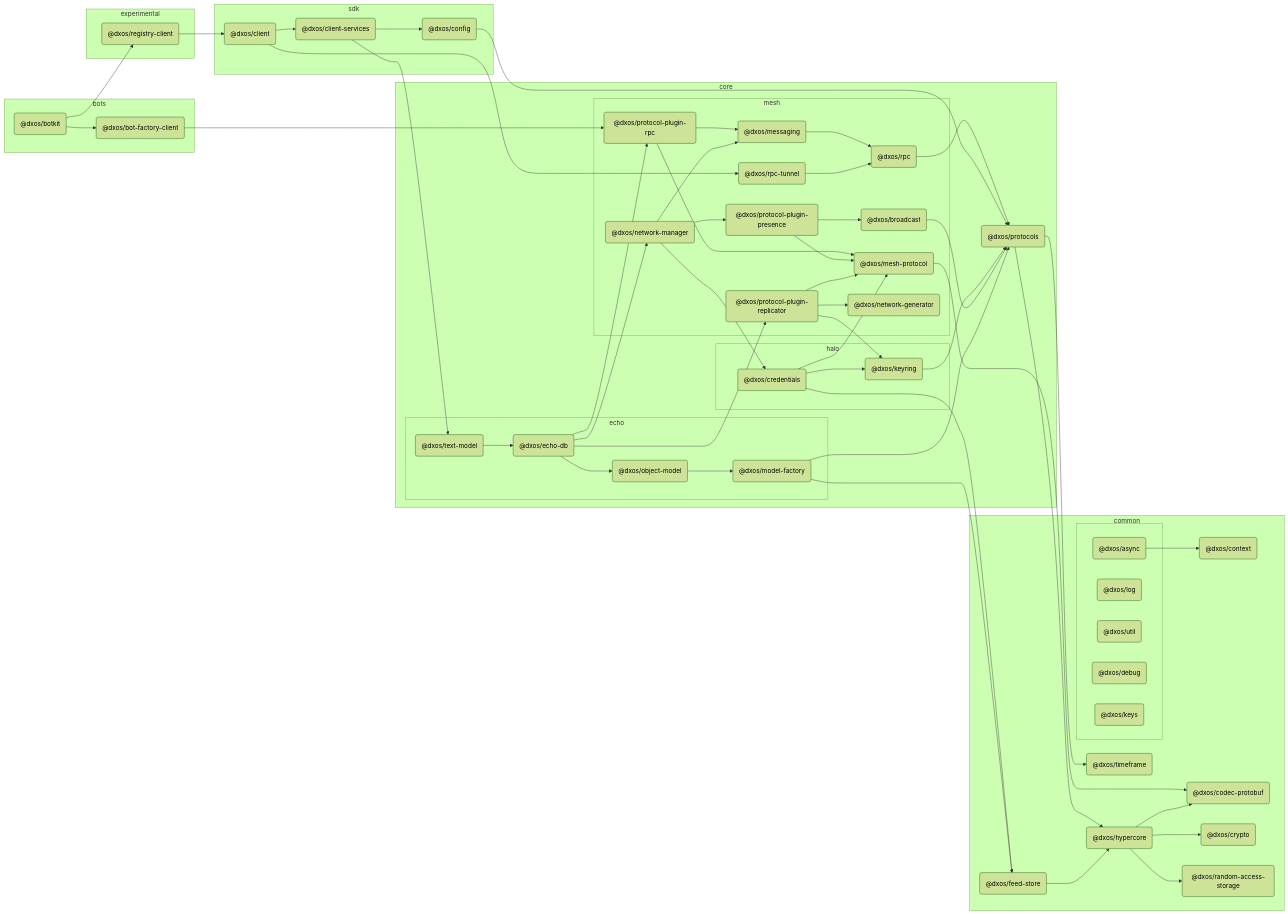
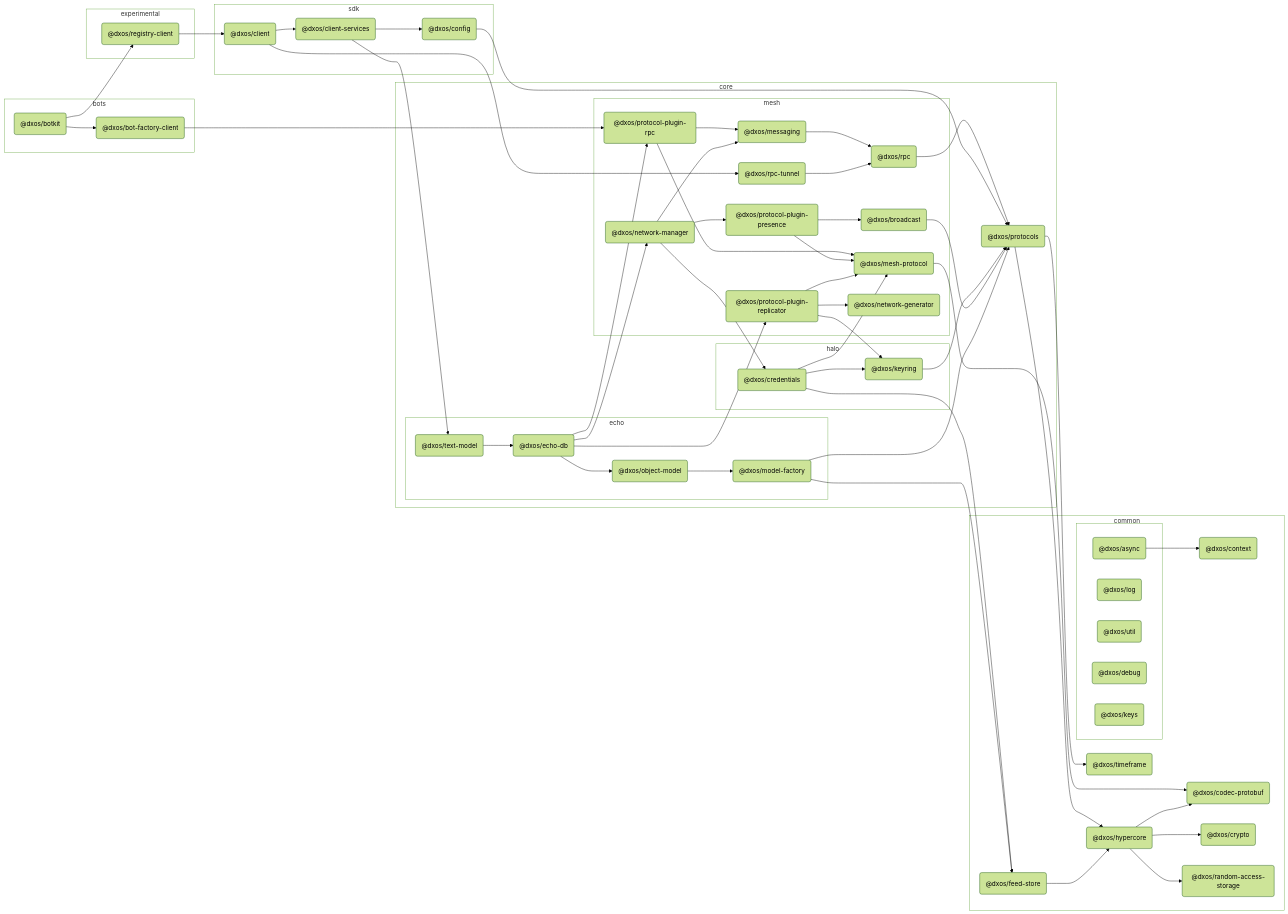
Before and after one commit to dxos/dxos: the diagram in packages/bots/botkit/docs/README.md, drawn with Mermaid (forest theme). The commit also changed 80 other files, not shown here.

```diff
--- a/packages/bots/botkit/docs/README.md
+++ b/packages/bots/botkit/docs/README.md
@@ -9,9 +9,14 @@
 
 flowchart LR
 
+%% Classes
+
+
+
 %% Nodes
 
 subgraph bots [bots]
+  style bots fill:transparent
   dxos/botkit("@dxos/botkit"):::root
   click dxos/botkit "dxos/dxos/tree/main/packages/bots/botkit/docs"
   dxos/bot-factory-client("@dxos/bot-factory-client"):::def
@@ -19,6 +24,7 @@
 end
 
 subgraph common [common]
+  style common fill:transparent
   dxos/context("@dxos/context"):::def
   click dxos/context "dxos/dxos/tree/main/packages/common/context/docs"
   dxos/codec-protobuf("@dxos/codec-protobuf"):::def
@@ -35,6 +41,7 @@
   click dxos/feed-store "dxos/dxos/tree/main/packages/common/feed-store/docs"
 
   subgraph _ [ ]
+    style _ fill:transparent
     dxos/async("@dxos/async"):::def
     click dxos/async "dxos/dxos/tree/main/packages/common/async/docs"
     dxos/log("@dxos/log"):::def
@@ -49,10 +56,12 @@
 end
 
 subgraph core [core]
+  style core fill:transparent
   dxos/protocols("@dxos/protocols"):::def
   click dxos/protocols "dxos/dxos/tree/main/packages/core/protocols/docs"
 
   subgraph mesh [mesh]
+    style mesh fill:transparent
     dxos/protocol-plugin-rpc("@dxos/protocol-plugin-rpc"):::def
     click dxos/protocol-plugin-rpc "dxos/dxos/tree/main/packages/core/mesh/protocol-plugin-rpc/docs"
     dxos/mesh-protocol("@dxos/mesh-protocol"):::def
@@ -76,6 +85,7 @@
   end
 
   subgraph halo [halo]
+    style halo fill:transparent
     dxos/credentials("@dxos/credentials"):::def
     click dxos/credentials "dxos/dxos/tree/main/packages/core/halo/credentials/docs"
     dxos/keyring("@dxos/keyring"):::def
@@ -83,6 +93,7 @@
   end
 
   subgraph echo [echo]
+    style echo fill:transparent
     dxos/echo-db("@dxos/echo-db"):::def
     click dxos/echo-db "dxos/dxos/tree/main/packages/core/echo/echo-db/docs"
     dxos/model-factory("@dxos/model-factory"):::def
@@ -95,6 +106,7 @@
 end
 
 subgraph sdk [sdk]
+  style sdk fill:transparent
   dxos/config("@dxos/config"):::def
   click dxos/config "dxos/dxos/tree/main/packages/sdk/config/docs"
   dxos/client("@dxos/client"):::def
@@ -104,12 +116,12 @@
 end
 
 subgraph experimental [experimental]
+  style experimental fill:transparent
   dxos/registry-client("@dxos/registry-client"):::def
   click dxos/registry-client "dxos/dxos/tree/main/packages/experimental/registry-client/docs"
 end
 
 %% Links
-linkStyle default stroke:#333,stroke-width:1px
 dxos/botkit --> dxos/bot-factory-client
 dxos/async --> dxos/context
 dxos/bot-factory-client --> dxos/protocol-plugin-rpc
```
